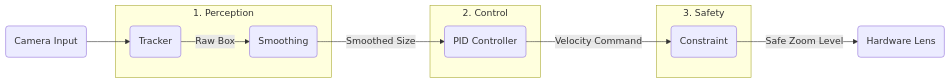
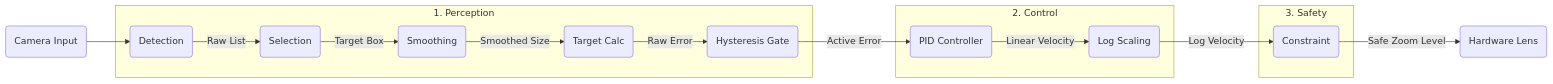
The diagram in AUTOZOOM_ALGORITHM.md (vincentkwchoi/SkiCamera), drawn with Mermaid before and after one commit. The commit also changed other lines of this file and 2 other files, not shown here.

Commit message:
docs: Update Auto-Zoom algorithm pipeline, architecture mapping, and UI flows

````diff
--- a/AUTOZOOM_ALGORITHM.md
+++ b/AUTOZOOM_ALGORITHM.md
@@ -67,21 +19,29 @@
 ```mermaid
 graph LR
-    A("Camera Input") --> B("Tracker")
-    B -->|"Raw Box"| C("Smoothing")
-    C -->|"Smoothed Size"| D("PID Controller")
-    D -->|"Velocity Command"| E("Constraint")
+    A("Camera Input") --> B1("Detection")
+    B1 -->|"Raw List"| B2("Selection")
+    B2 -->|"Target Box"| C("Smoothing")
+    C -->|"Smoothed Size"| T("Target Calc")
+    T -->|"Raw Error"| H("Hysteresis Gate")
+    H -->|"Active Error"| D("PID Controller")
+    D -->|"Linear Velocity"| L("Log Scaling")
+    L -->|"Log Velocity"| E("Constraint")
     E -->|"Safe Zoom Level"| F("Hardware Lens")
-
+    
     subgraph "1. Perception"
-    B
+    B1
+    B2
     C
+    T
+    H
     end
-
+    
     subgraph "2. Control"
     D
+    L
     end
-
+    
     subgraph "3. Safety"
     E
     end
 ```
````
